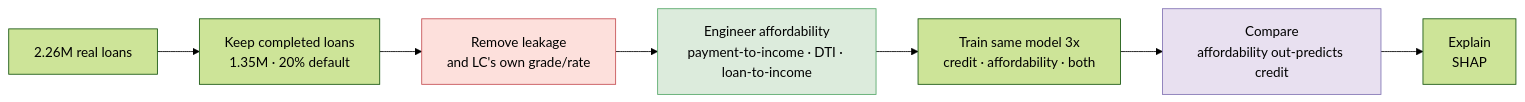
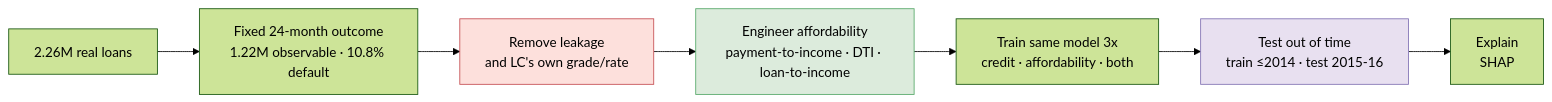
One commit to gbadedata/affordability-default-risk changed the diagram in README.md. Above: the diagram before and after it, drawn with Mermaid (forest theme). The commit also changed other lines of this file and 13 other files, not shown here.

````diff
--- a/README.md
+++ b/README.md
@@ -26,12 +26,12 @@
 ```mermaid
 flowchart LR
-    A[2.26M real loans] --> B[Keep completed loans<br/>1.35M · 20% default]
+    A[2.26M real loans] --> B[Fixed 24-month outcome<br/>1.22M observable · 10.8% default]
     B --> C[Remove leakage<br/>and LC's own grade/rate]
     C --> D[Engineer affordability<br/>payment-to-income · DTI · loan-to-income]
     D --> E[Train same model 3x<br/>credit · affordability · both]
-    E --> F[Compare<br/>affordability out-predicts credit]
+    E --> F[Test out of time<br/>train ≤2014 · test 2015-16]
     F --> G[Explain<br/>SHAP]
     style C fill:#fde0dc,stroke:#c44e52
     style D fill:#dcebdc,stroke:#55a868
     style F fill:#e8e0f0,stroke:#8172b3
 ```
````
